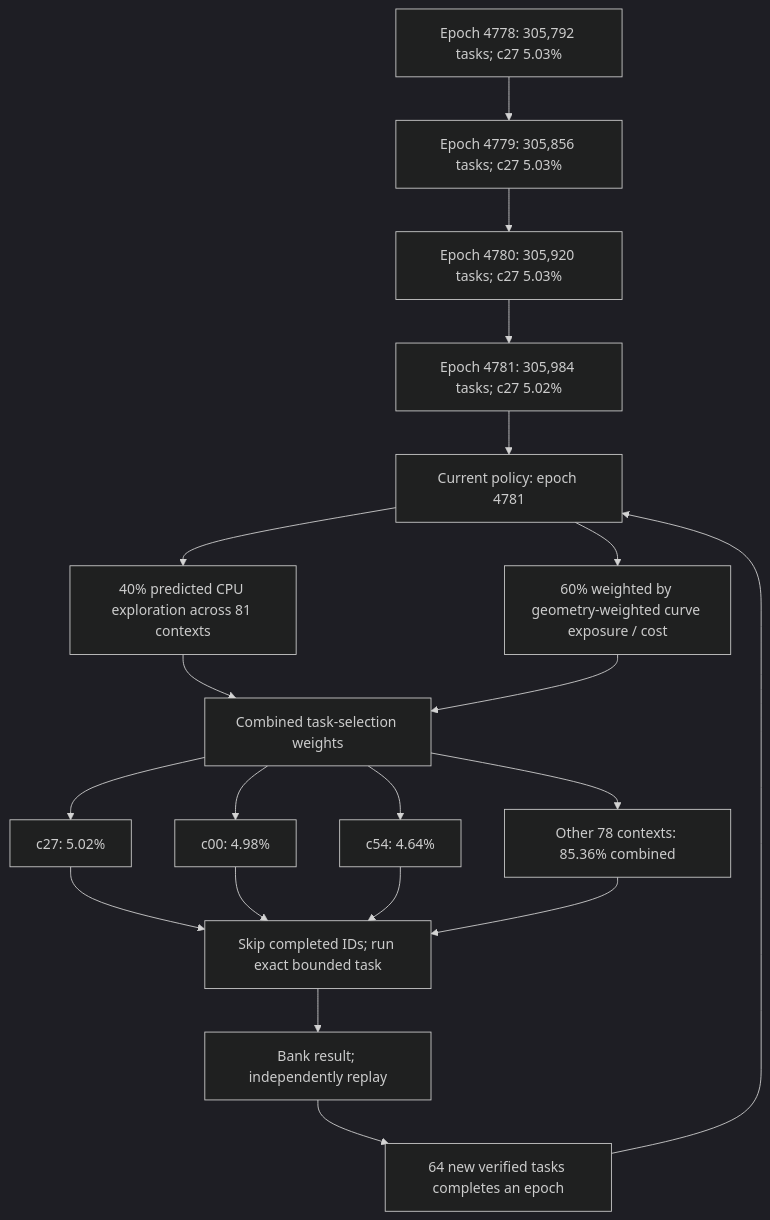
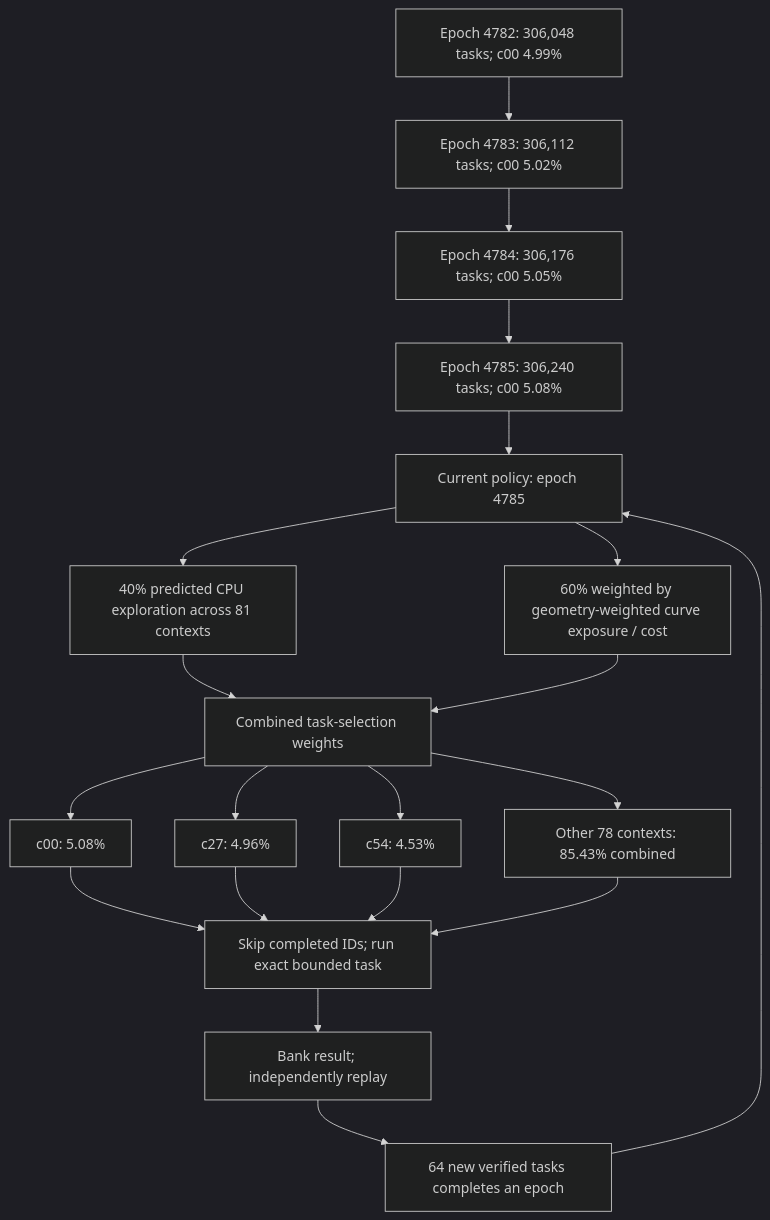
The first of 3 diagrams in README.md (Kuberwastaken/math-gambling), drawn with Mermaid (dark theme) before and after one commit. The commit also changed other lines of this file and 659 other files, not shown here.

````diff
--- a/README.md
+++ b/README.md
@@ -60,27 +60,27 @@
 ```mermaid
 flowchart TD
-    H0["Epoch 4778: 305,792 tasks; c27 5.03%"]
-    H1["Epoch 4779: 305,856 tasks; c27 5.03%"]
+    H0["Epoch 4782: 306,048 tasks; c00 4.99%"]
+    H1["Epoch 4783: 306,112 tasks; c00 5.02%"]
     H0 --> H1
-    H2["Epoch 4780: 305,920 tasks; c27 5.03%"]
+    H2["Epoch 4784: 306,176 tasks; c00 5.05%"]
     H1 --> H2
-    H3["Epoch 4781: 305,984 tasks; c27 5.02%"]
+    H3["Epoch 4785: 306,240 tasks; c00 5.08%"]
     H2 --> H3
-    Policy["Current policy: epoch 4781"]
+    Policy["Current policy: epoch 4785"]
     H3 --> Policy
     Policy --> Explore["40% predicted CPU exploration across 81 contexts"]
     Policy --> Cost["60% weighted by geometry-weighted curve exposure / cost"]
     Explore --> Mix["Combined task-selection weights"]
     Cost --> Mix
-    Mix --> C0["c27: 5.02%"]
-    Mix --> C1["c00: 4.98%"]
-    Mix --> C2["c54: 4.64%"]
-    Mix --> Rest["Other 78 contexts: 85.36% combined"]
+    Mix --> C0["c00: 5.08%"]
+    Mix --> C1["c27: 4.96%"]
+    Mix --> C2["c54: 4.53%"]
+    Mix --> Rest["Other 78 contexts: 85.43% combined"]
     C0 --> Check["Skip completed IDs; run exact bounded task"]
     C1 --> Check
     C2 --> Check
     Rest --> Check
     Check --> Replay["Bank result; independently replay"]
     Replay --> Gate["64 new verified tasks completes an epoch"]
     Gate --> Policy
 ```
````
